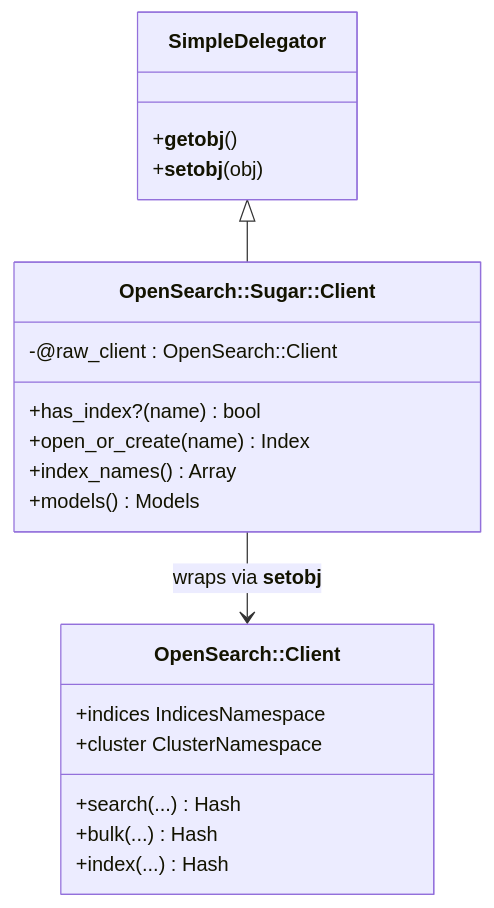
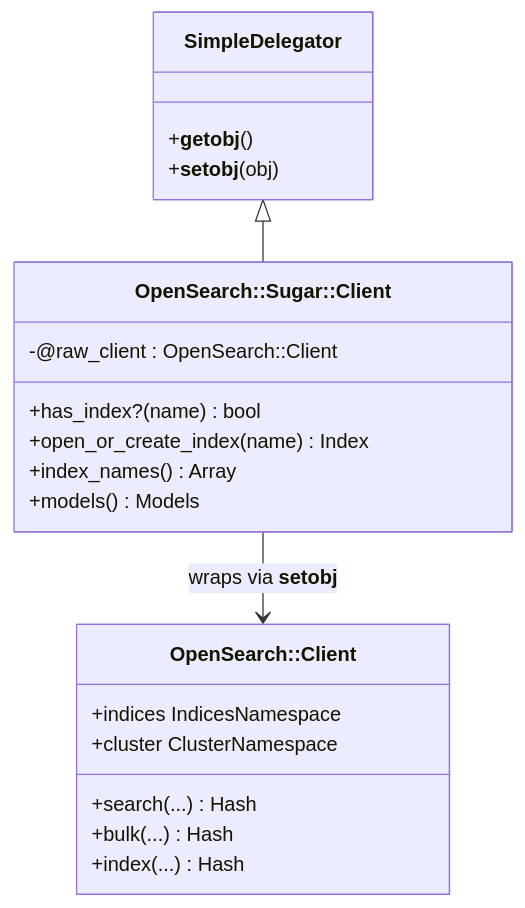
Before and after one commit to mlibrary/opensearch-sugar: the diagram in adrs/ADR-001-simpledelegator-for-client.md, drawn with Mermaid. The commit also changed other lines of this file and 23 other files, not shown here.

````diff
--- a/adrs/ADR-001-simpledelegator-for-client.md
+++ b/adrs/ADR-001-simpledelegator-for-client.md
@@ -107,24 +107,24 @@
 ```mermaid
 classDiagram
     class SimpleDelegator {
         +__getobj__()
         +__setobj__(obj)
     }
     class `OpenSearch::Sugar::Client` {
         -@raw_client : OpenSearch::Client
         +has_index?(name) bool
-        +open_or_create(name) Index
+        +open_or_create_index(name) Index
         +index_names() Array
         +models() Models
     }
     class `OpenSearch::Client` {
         +indices IndicesNamespace
         +cluster ClusterNamespace
         +search(...) Hash
         +bulk(...) Hash
         +index(...) Hash
     }
 
     SimpleDelegator <|-- `OpenSearch::Sugar::Client`
     `OpenSearch::Sugar::Client` --> `OpenSearch::Client` : wraps via __setobj__
 ```
````
